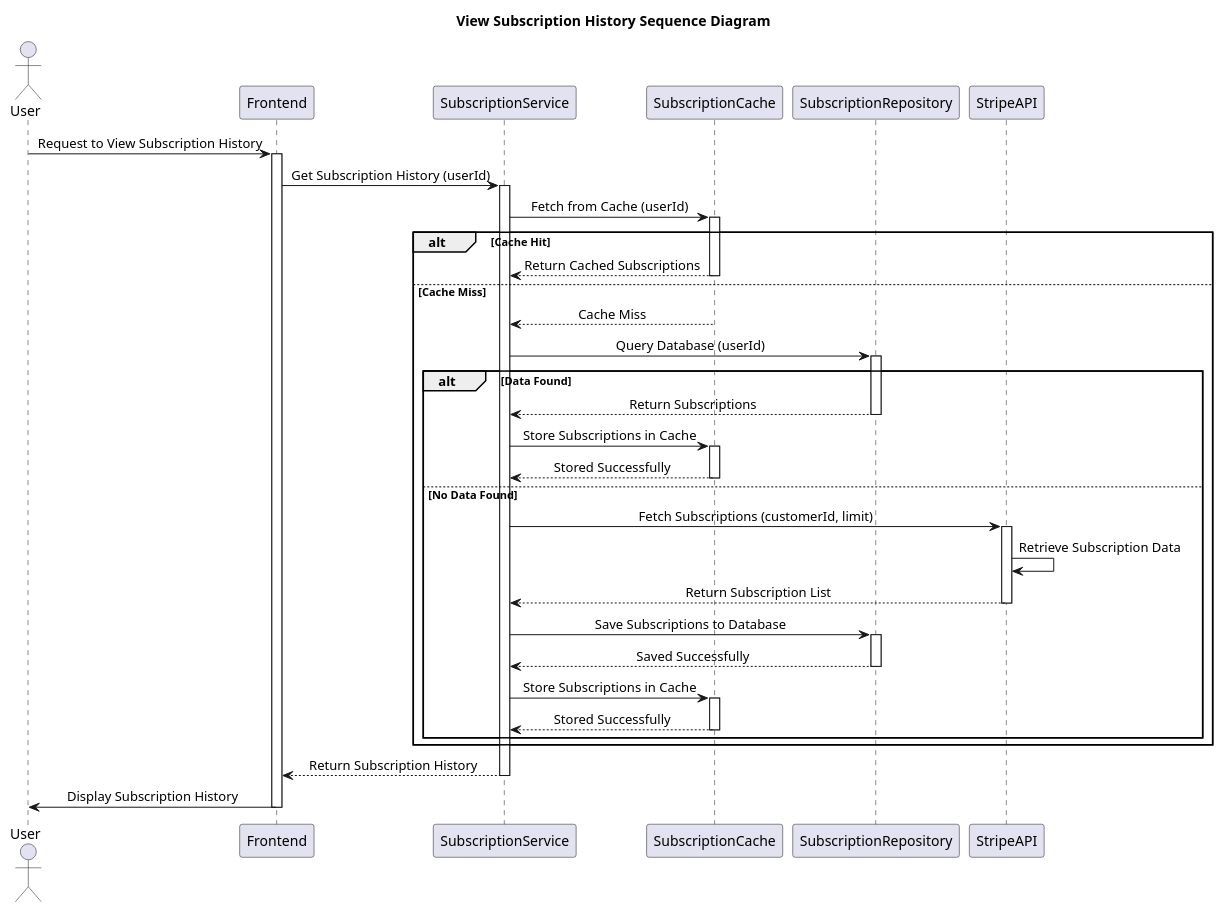
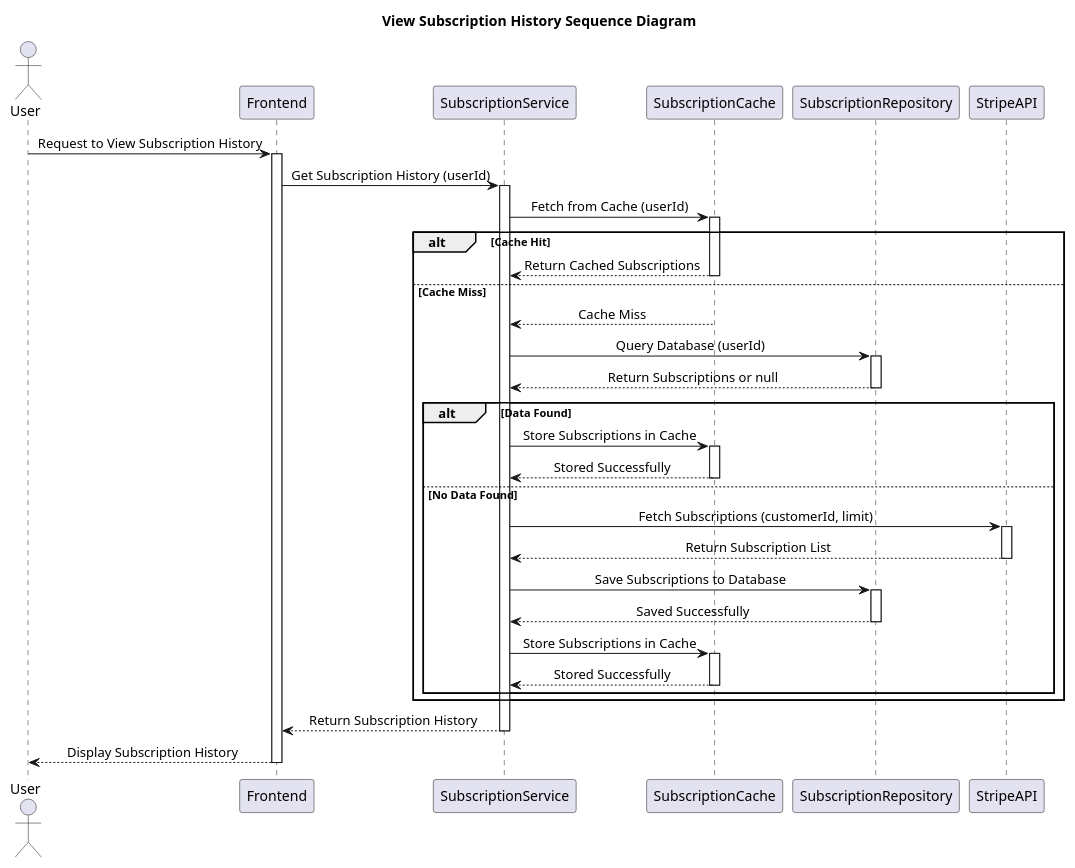
Before and after one commit to Caothuludau/InSyncDocument: the diagram in ClassDiagram/SubscriptionManagement/ViewSubscriptionHistorySequenceDiagram .plantuml, drawn with PlantUML. The commit also changed 53 other files, not shown here.

Commit message:
update diagram

```diff
--- a/ClassDiagram/SubscriptionManagement/ViewSubscriptionHistorySequenceDiagram .plantuml
+++ b/ClassDiagram/SubscriptionManagement/ViewSubscriptionHistorySequenceDiagram .plantuml
@@ -1,54 +1,53 @@
 @startuml ViewSubscriptionHistorySequenceDiagram
 skinparam SequenceMessageAlignment center
 title View Subscription History Sequence Diagram 
 
 actor User as U
 participant "Frontend" as FE
 participant "SubscriptionService" as Service
 participant "SubscriptionCache" as Cache
 participant "SubscriptionRepository" as Repo
 participant "StripeAPI" as API
 
 U -> FE: Request to View Subscription History
 activate FE
 FE -> Service: Get Subscription History (userId)
 activate Service
 Service -> Cache: Fetch from Cache (userId)
 activate Cache
 alt Cache Hit
     Cache --> Service: Return Cached Subscriptions
     deactivate Cache
 else Cache Miss
     Cache --> Service: Cache Miss
     deactivate Cache
     Service -> Repo: Query Database (userId)
     activate Repo
+    Repo --> Service: Return Subscriptions or null
+    deactivate Repo
     alt Data Found
-        Repo --> Service: Return Subscriptions
-        deactivate Repo
         Service -> Cache: Store Subscriptions in Cache
         activate Cache
         Cache --> Service: Stored Successfully
         deactivate Cache
     else No Data Found
         deactivate Repo
         Service -> API: Fetch Subscriptions (customerId, limit)
         activate API
-        API -> API: Retrieve Subscription Data
         API --> Service: Return Subscription List
         deactivate API
         Service -> Repo: Save Subscriptions to Database
         activate Repo
         Repo --> Service: Saved Successfully
         deactivate Repo
         Service -> Cache: Store Subscriptions in Cache
         activate Cache
         Cache --> Service: Stored Successfully
         deactivate Cache
     end
 end
 Service --> FE: Return Subscription History
 deactivate Service
-FE -> U: Display Subscription History
+FE --> U: Display Subscription History
 deactivate FE
 @enduml
```
